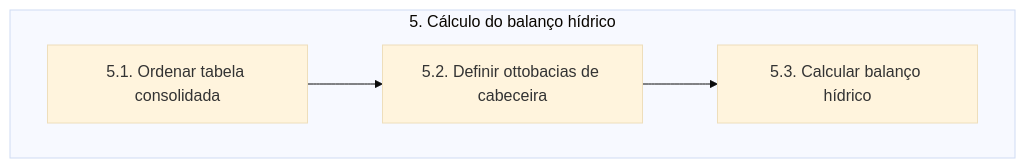
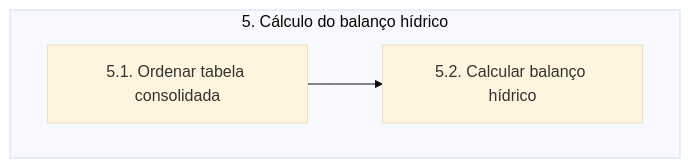
The sixth of 8 diagrams in pyqgis/documentacao.md (brunoguterres/ParaibaHidroGIS), drawn with Mermaid (base theme) before and after one commit. The commit also changed other lines of this file, not shown here.

````diff
--- a/pyqgis/documentacao.md
+++ b/pyqgis/documentacao.md
@@ -264,7 +261,6 @@
 ```mermaid
     flowchart TD
     subgraph A[5. Cálculo do balanço hídrico]
-        B[5.1. Ordenar tabela consolidada] --> C[5.2. Definir ottobacias de cabeceira]
-        C --> D[5.3. Calcular balanço hídrico]
+        B[5.1. Ordenar tabela consolidada] --> C[5.2. Calcular balanço hídrico]
     end
 ```
````
